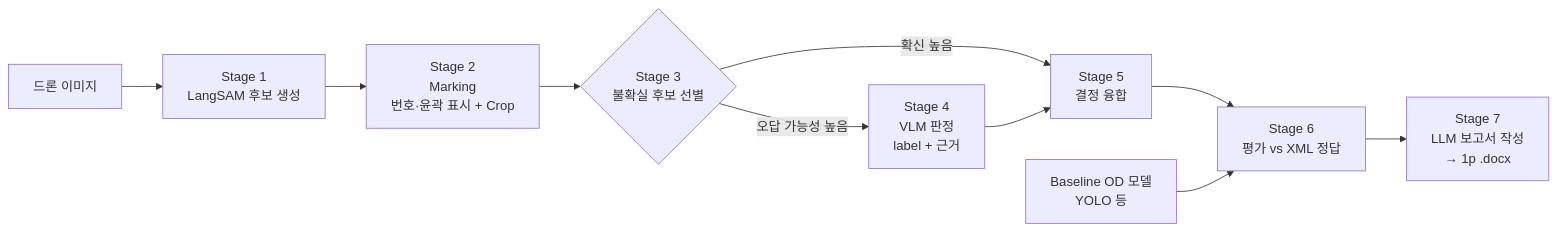
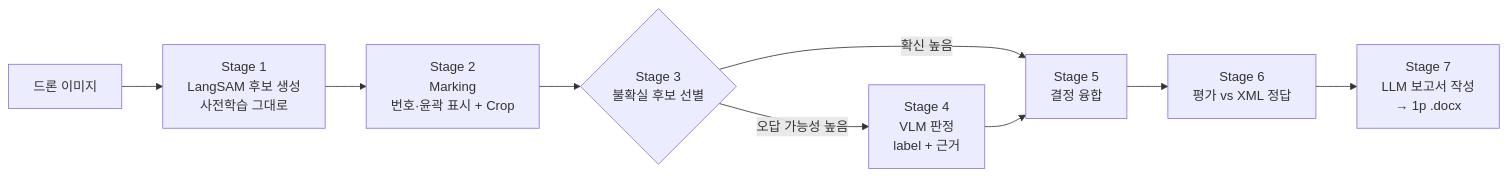
One commit to eunseo412/26-capstone changed the diagram in docs/ARCHITECTURE.md. Above: the diagram before and after it, drawn with Mermaid. The commit also changed other lines of this file and 21 other files, not shown here.

````diff
--- a/docs/ARCHITECTURE.md
+++ b/docs/ARCHITECTURE.md
@@ -12,12 +14,11 @@
 ```mermaid
 flowchart LR
-    A[드론 이미지] --> B[Stage 1<br/>LangSAM 후보 생성]
+    A[드론 이미지] --> B[Stage 1<br/>LangSAM 후보 생성<br/>사전학습 그대로]
     B --> C[Stage 2<br/>Marking<br/>번호·윤곽 표시 + Crop]
     C --> D{Stage 3<br/>불확실 후보 선별}
     D -- 확신 높음 --> F
     D -- 오답 가능성 높음 --> E[Stage 4<br/>VLM 판정<br/>label + 근거]
     E --> F[Stage 5<br/>결정 융합]
     F --> G[Stage 6<br/>평가 vs XML 정답]
     G --> H[Stage 7<br/>LLM 보고서 작성<br/>→ 1p .docx]
-    X[Baseline OD 모델<br/>YOLO 등] --> G
 ```
````
